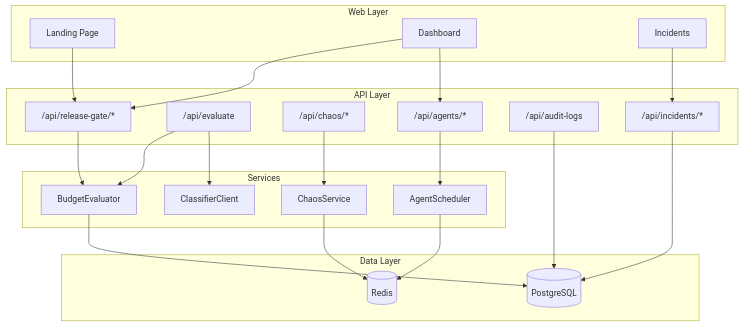
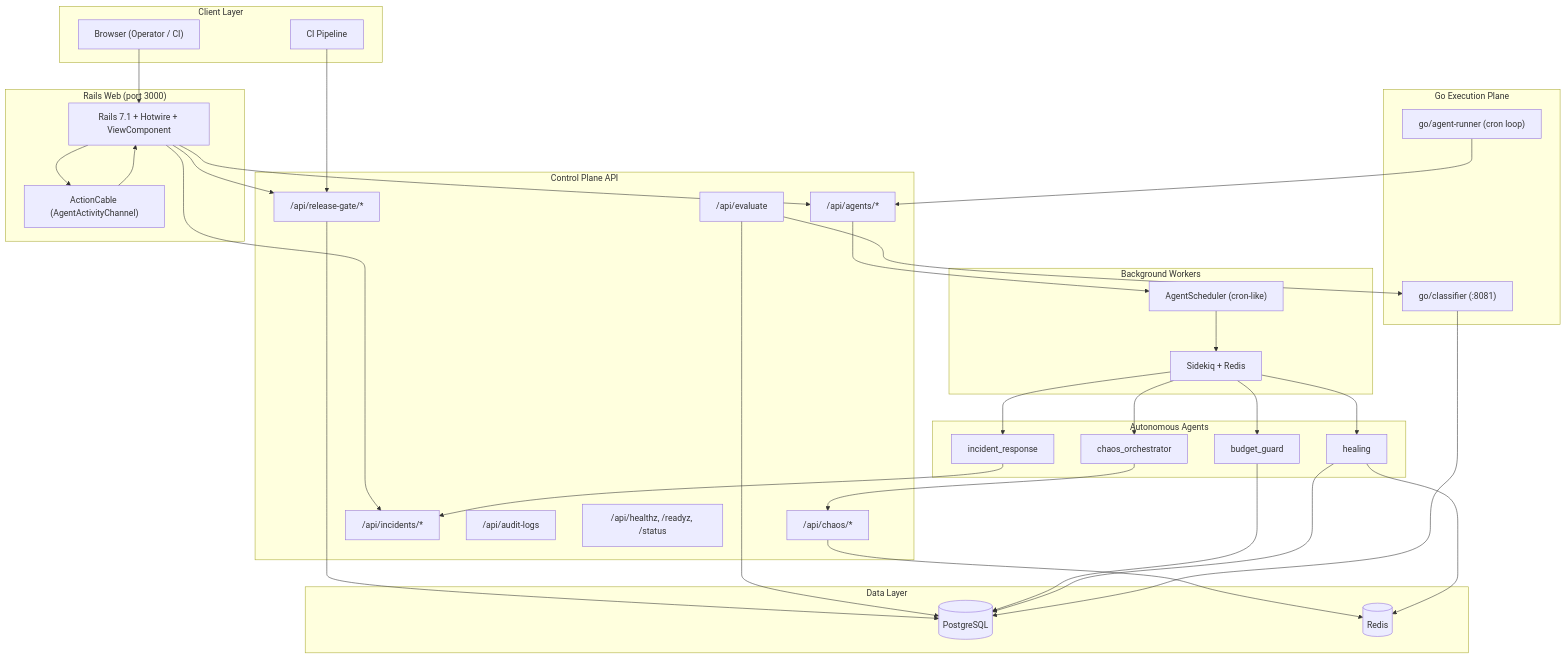
One commit to AngelP17/Cellguard changed the second of 2 diagrams in README.md. Above: the diagram before and after it, drawn with Mermaid. The commit also changed other lines of this file and 18 other files, not shown here.

````diff
--- a/README.md
+++ b/README.md
@@ -96,46 +82,69 @@
 ```mermaid
 flowchart TB
-    subgraph "Web Layer"
-        LAND["Landing Page"]
-        DASH["Dashboard"]
-        INC["Incidents"]
+    subgraph "Client Layer"
+        UI["Browser (Operator / CI)"]
+        CI["CI Pipeline"]
     end
 
-    subgraph "API Layer"
+    subgraph "Rails Web (port 3000)"
+        WEB["Rails 7.1 + Hotwire + ViewComponent"]
+        AC["ActionCable (AgentActivityChannel)"]
+    end
+
+    subgraph "Control Plane API"
         GATE["/api/release-gate/*"]
         EVAL["/api/evaluate"]
         CHAOS["/api/chaos/*"]
         AGENTS["/api/agents/*"]
+        INC["/api/incidents/*"]
         AUDIT["/api/audit-logs"]
-        INC_API["/api/incidents/*"]
+        HEALTH["/api/healthz, /readyz, /status"]
     end
 
-    subgraph "Services"
-        BG_SVC["BudgetEvaluator"]
-        CH_SVC["ChaosService"]
-        CL_SVC["ClassifierClient"]
-        SCH_SVC["AgentScheduler"]
+    subgraph "Background Workers"
+        SK["Sidekiq + Redis"]
+        SCHED["AgentScheduler (cron-like)"]
+    end
+
+    subgraph "Autonomous Agents"
+        BG["budget_guard"]
+        CO["chaos_orchestrator"]
+        IR["incident_response"]
+        HE["healing"]
+    end
+
+    subgraph "Go Execution Plane"
+        CLASS["go/classifier (:8081)"]
+        RUNNER["go/agent-runner (cron loop)"]
     end
 
     subgraph "Data Layer"
-        PG[(PostgreSQL)]
-        RD[(Redis)]
+        PG[("PostgreSQL")]
+        RD[("Redis")]
     end
 
-    LAND --> GATE
-    DASH --> GATE
-    DASH --> AGENTS
-    INC --> INC_API
-
-    GATE --> BG_SVC
-    EVAL --> BG_SVC
-    EVAL --> CL_SVC
-    CHAOS --> CH_SVC
-    AGENTS --> SCH_SVC
-
-    BG_SVC --> PG
-    CH_SVC --> RD
-    SCH_SVC --> RD
-    INC_API --> PG
-    AUDIT --> PG
+    UI --> WEB
+    CI --> GATE
+    WEB --> GATE
+    WEB --> AGENTS
+    WEB --> INC
+    WEB --> AC
+    GATE --> PG
+    EVAL --> PG
+    EVAL --> CLASS
+    CHAOS --> RD
+    AGENTS --> SCHED
+    SCHED --> SK
+    SK --> BG
+    SK --> CO
+    SK --> IR
+    SK --> HE
+    BG --> PG
+    CO --> CHAOS
+    IR --> INC
+    HE --> PG
+    HE --> RD
+    CLASS --> PG
+    RUNNER --> AGENTS
+    AC --> WEB
 ```
````
